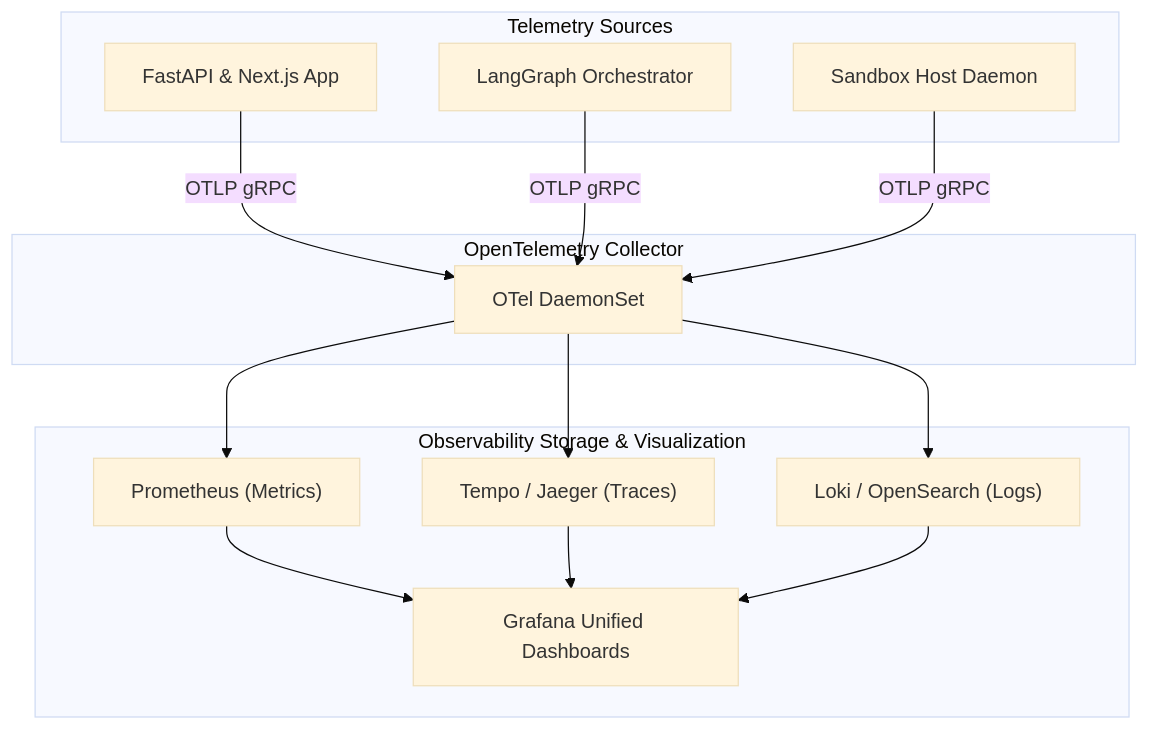
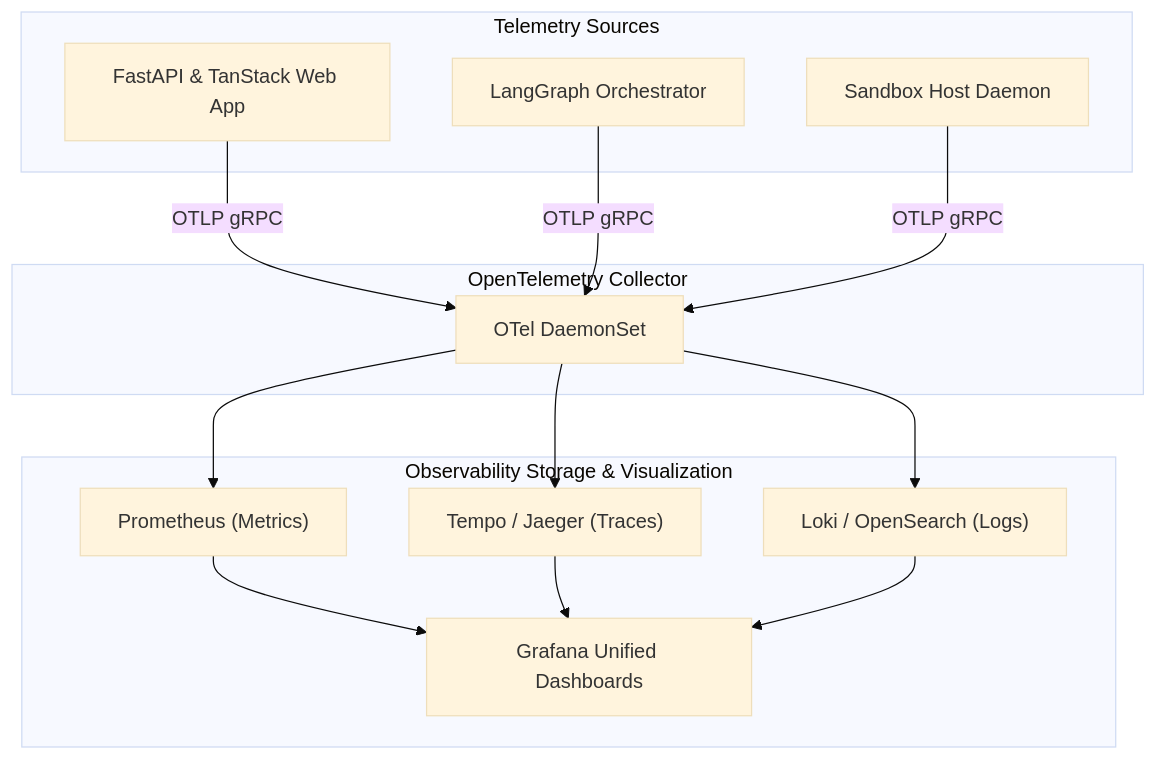
One commit to FRS2024/data_speaker changed the seventh of 8 diagrams in SYSTEM_ARCHITECTURE.md. Above: the diagram before and after it, drawn with Mermaid (base theme). The commit also changed other lines of this file and 93 other files, not shown here.

Commit message:
feat: migrate to TanStack SPA, integrate DuckDB engine, warehouse connectors & schema mapper

````diff
--- a/SYSTEM_ARCHITECTURE.md
+++ b/SYSTEM_ARCHITECTURE.md
@@ -291,31 +291,31 @@
 ```mermaid
 graph TD
     subgraph Telemetry_Sources ["Telemetry Sources"]
-        App["FastAPI & Next.js App"]
+        App["FastAPI & TanStack Web App"]
         Orch["LangGraph Orchestrator"]
         Sandbox["Sandbox Host Daemon"]
     end
 
     subgraph Collector ["OpenTelemetry Collector"]
         OTel["OTel DaemonSet"]
     end
 
     subgraph Backends ["Observability Storage & Visualization"]
         Prom["Prometheus (Metrics)"]
         Jaeger["Tempo / Jaeger (Traces)"]
         Loki["Loki / OpenSearch (Logs)"]
         Grafana["Grafana Unified Dashboards"]
     end
 
     App -->|OTLP gRPC| OTel
     Orch -->|OTLP gRPC| OTel
     Sandbox -->|OTLP gRPC| OTel
 
     OTel --> Prom
     OTel --> Jaeger
     OTel --> Loki
 
     Prom --> Grafana
     Jaeger --> Grafana
     Loki --> Grafana
 ```
````
